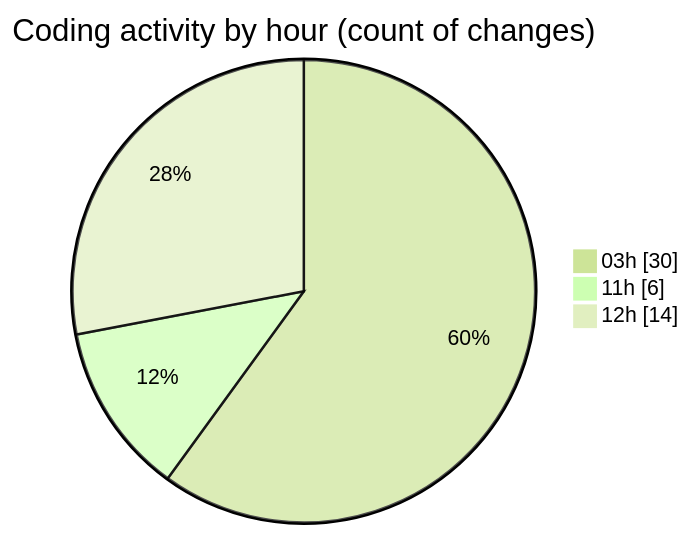
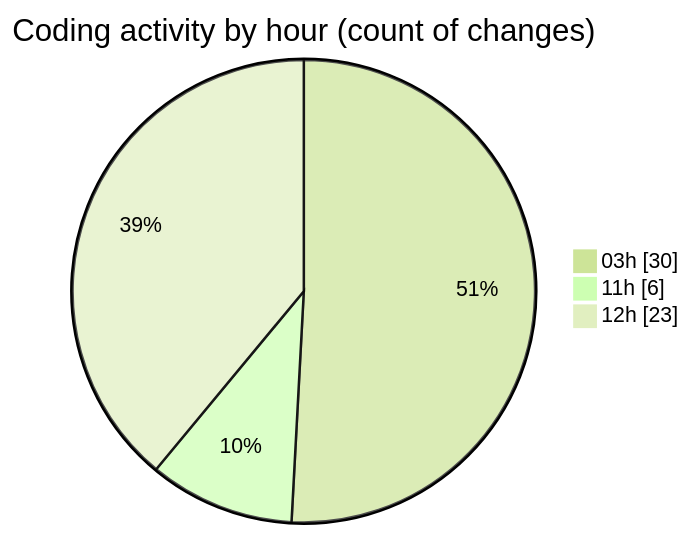
One commit to lephambinh05/code-tracking changed the second of 2 diagrams in 2025-09-13/napxuvn/README.md. Above: the diagram before and after it, drawn with Mermaid (forest theme). The commit also changed other lines of this file and 1 other file, not shown here.

````diff
--- a/2025-09-13/napxuvn/README.md
+++ b/2025-09-13/napxuvn/README.md
@@ -50,7 +52,7 @@
 ```mermaid
 pie showData
 title Coding activity by hour (count of changes)
 "03h" : 30
 "11h" : 6
-"12h" : 14
+"12h" : 23
 ```
````
